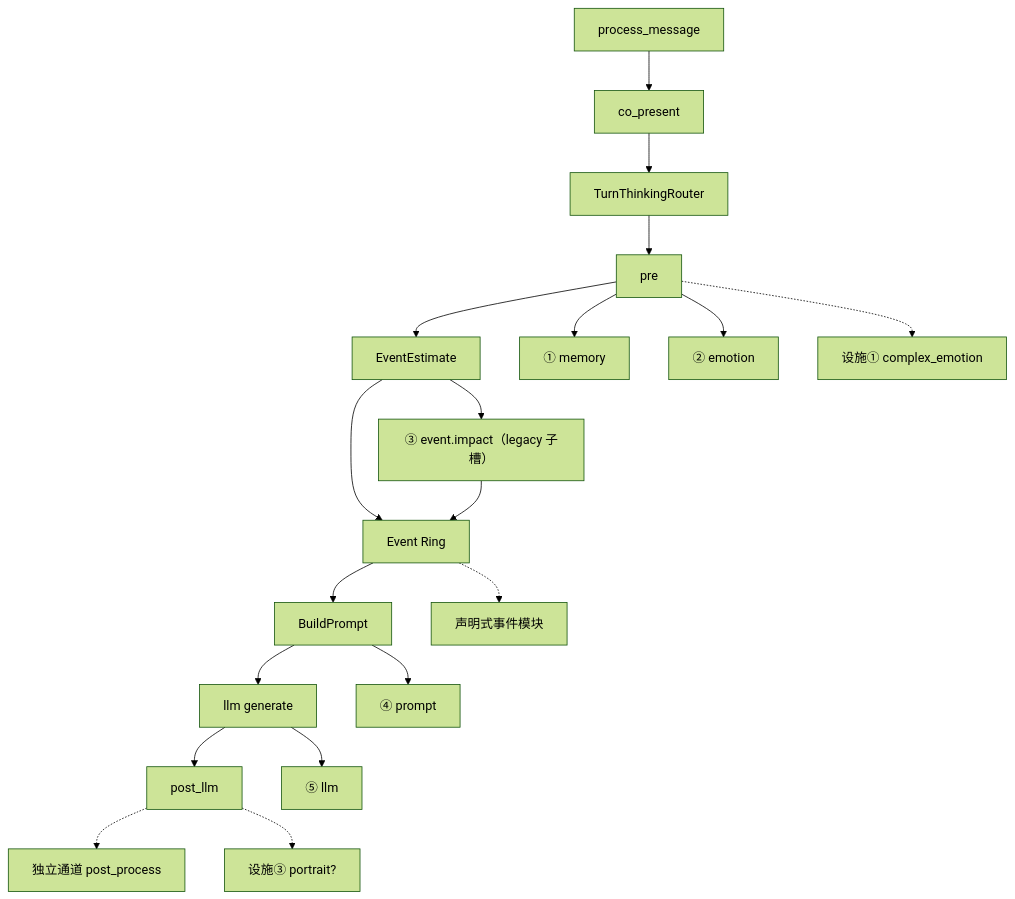
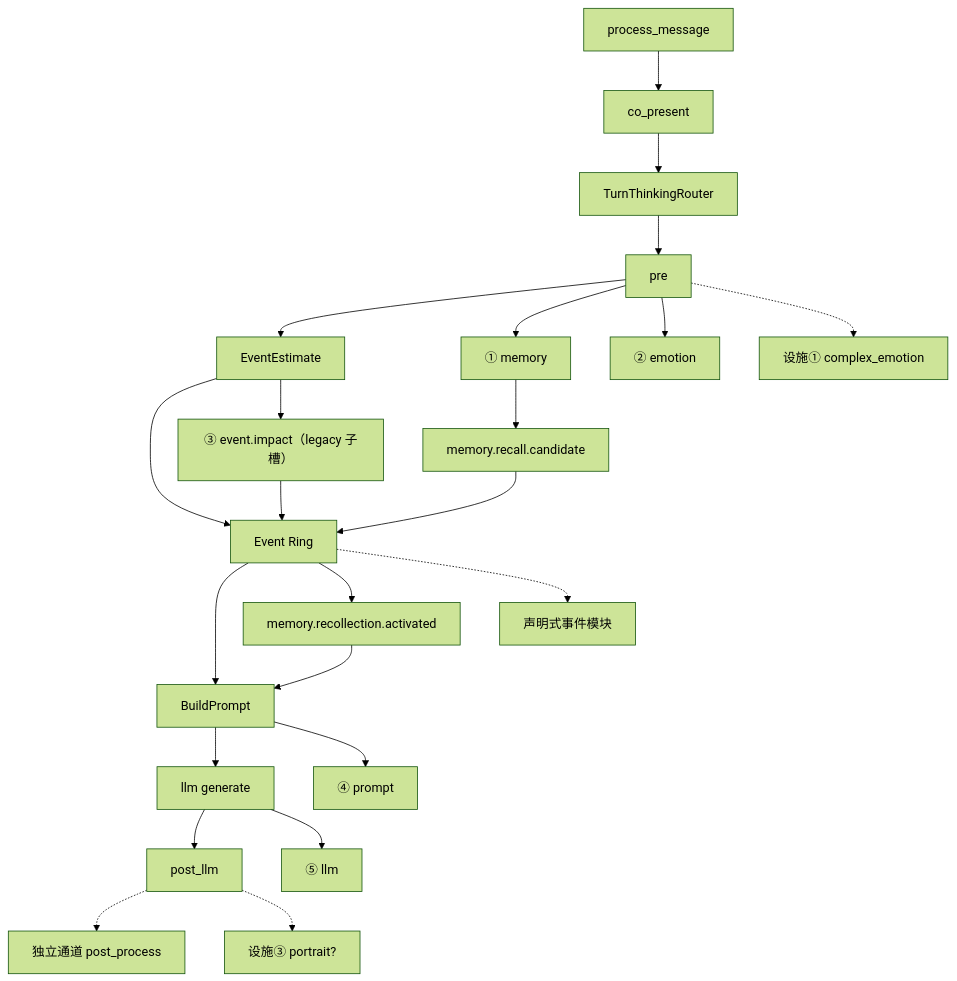
One commit to linkaiheng2233-cyber/oclivenewnew changed the diagram in handoff/MODULE_MAP_AND_HANDOFF.md. Above: the diagram before and after it, drawn with Mermaid (forest theme). The commit also changed other lines of this file and 16 other files, not shown here.

````diff
--- a/handoff/MODULE_MAP_AND_HANDOFF.md
+++ b/handoff/MODULE_MAP_AND_HANDOFF.md
@@ -354,23 +355,26 @@
 ```mermaid
 flowchart TB
   PM["process_message"]
   CO["co_present"]
   TT["TurnThinkingRouter"]
   PRE["pre"]
   EV["EventEstimate"]
   ER["Event Ring"]
+  RC["memory.recall.candidate"]
+  RA["memory.recollection.activated"]
   BP["BuildPrompt"]
   GEN["llm generate"]
   PST["post_llm"]
 
   PM --> CO --> TT --> PRE --> EV --> ER --> BP --> GEN --> PST
 
   PRE --> M1["① memory"] & M2["② emotion"]
+  M1 --> RC --> ER --> RA --> BP
   EV --> M3["③ event.impact（legacy 子槽）"] --> ER
   ER -.-> EM["声明式事件模块"]
   BP --> M4["④ prompt"]
   GEN --> M5["⑤ llm"]
   PRE -.-> F1["设施① complex_emotion"]
   PST -.-> SC["独立通道 post_process"]
   PST -.-> F3["设施③ portrait?"]
 ```
````
